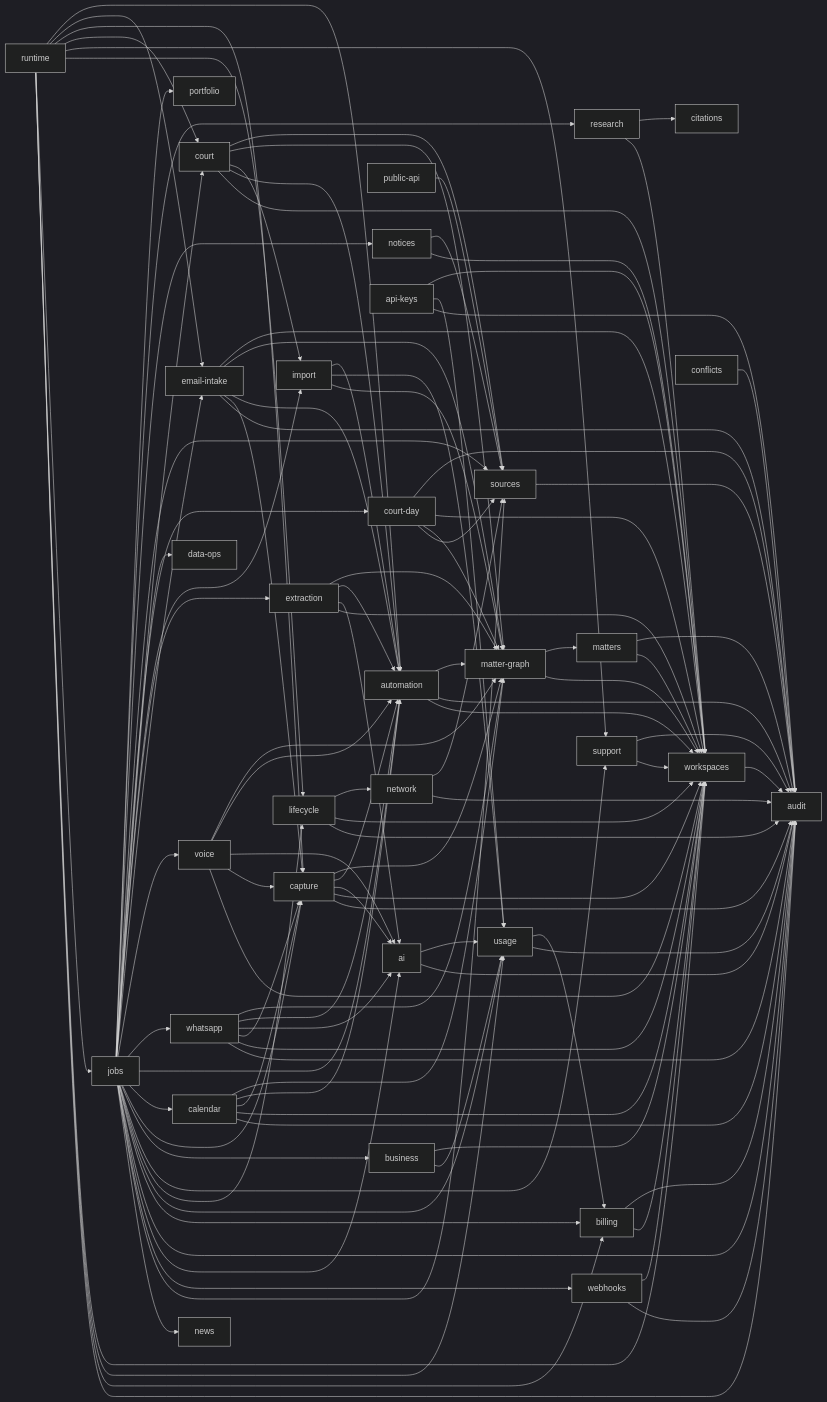
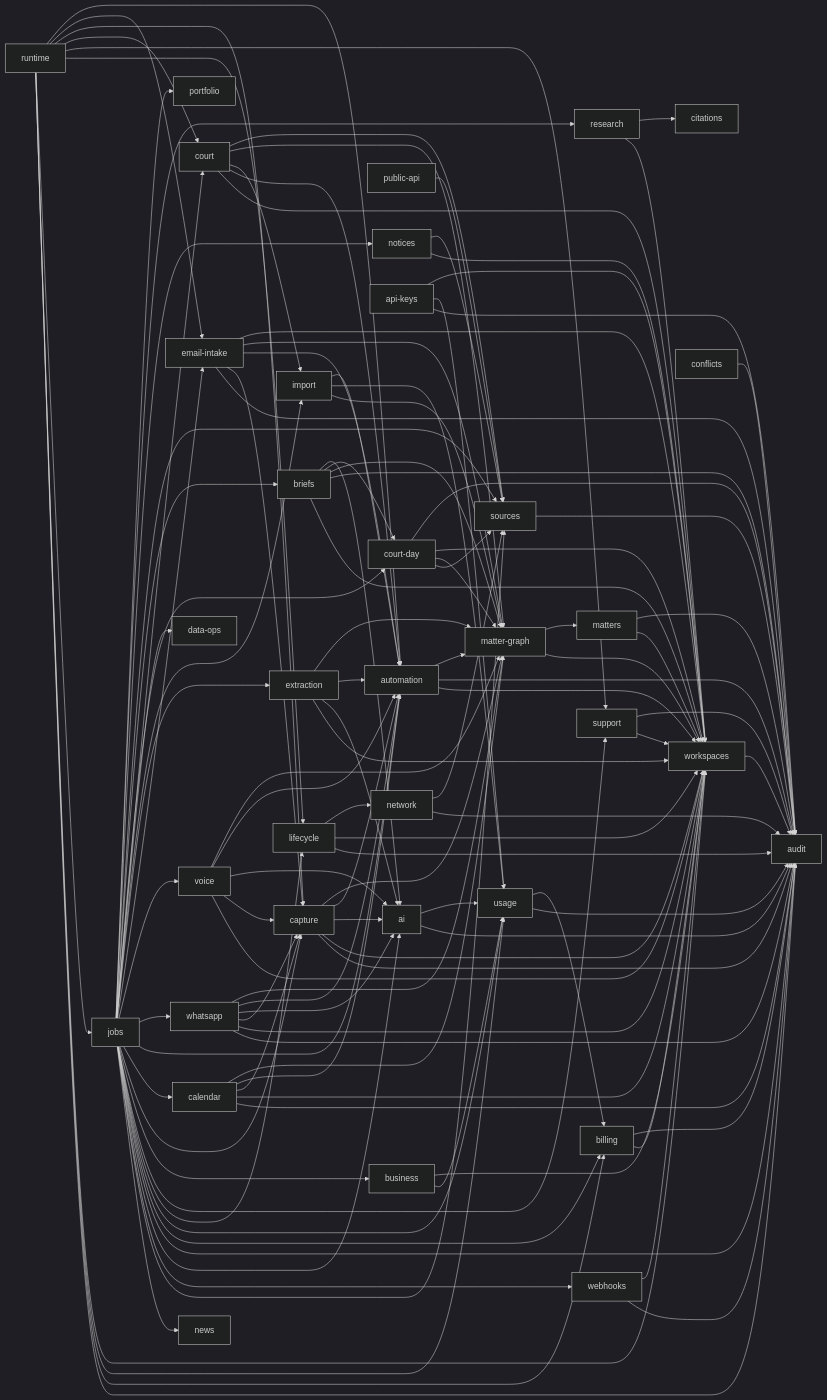
The diagram in docs/engineering/core-domains.md (RapierCraftStudios/causedeck), drawn with Mermaid (dark theme) before and after one commit. The commit also changed other lines of this file and 24 other files, not shown here.

```diff
--- a/docs/engineering/core-domains.md
+++ b/docs/engineering/core-domains.md
@@ -96,6 +97,11 @@
   court-day --> matter-graph
   court-day --> workspaces
   court-day --> audit
+  briefs --> workspaces
+  briefs --> audit
+  briefs --> matter-graph
+  briefs --> court-day
+  briefs --> ai
   matter-graph --> workspaces
   matter-graph --> matters
   automation --> workspaces
@@ -154,6 +160,7 @@
   jobs --> data-ops
   jobs --> court
   jobs --> court-day
+  jobs --> briefs
   jobs --> sources
   jobs --> notices
   notices --> workspaces
```
